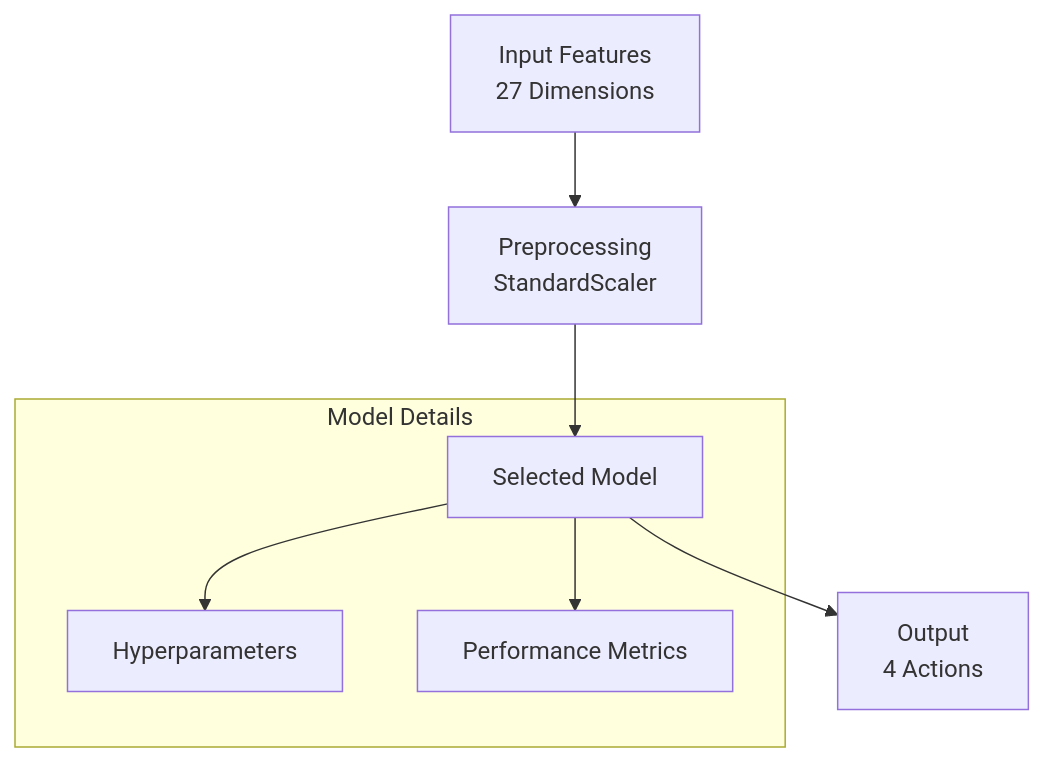
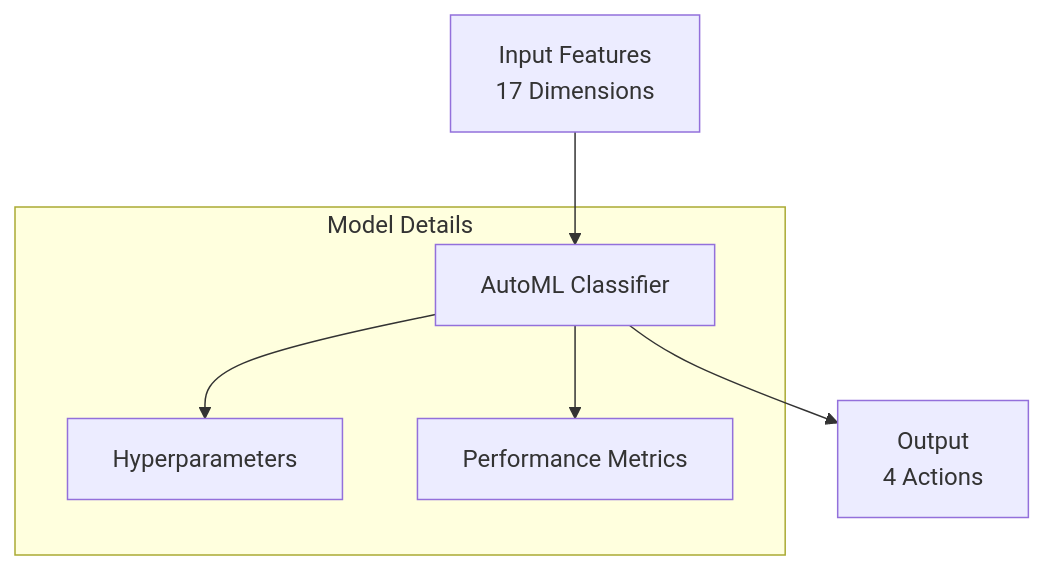
One commit to Evintkoo/2048-ml changed the third of 4 diagrams in plans/05-Model/01-Algorithm/03-best-algorithm-finding.md. Above: the diagram before and after it, drawn with Mermaid. The commit also changed other lines of this file and 198 other files, not shown here.

````diff
--- a/plans/05-Model/01-Algorithm/03-best-algorithm-finding.md
+++ b/plans/05-Model/01-Algorithm/03-best-algorithm-finding.md
@@ -56,11 +56,10 @@
 ```mermaid
 flowchart TD
-    Input[Input Features<br/>27 Dimensions] --> Preprocess[Preprocessing<br/>StandardScaler]
-    Preprocess --> Model[Selected Model]
+    Input[Input Features<br/>17 Dimensions] --> Model[AutoML Classifier]
     Model --> Output[Output<br/>4 Actions]
     
     subgraph "Model Details"
         Model --> Params[Hyperparameters]
         Model --> Metrics[Performance Metrics]
     end
 ```
````
